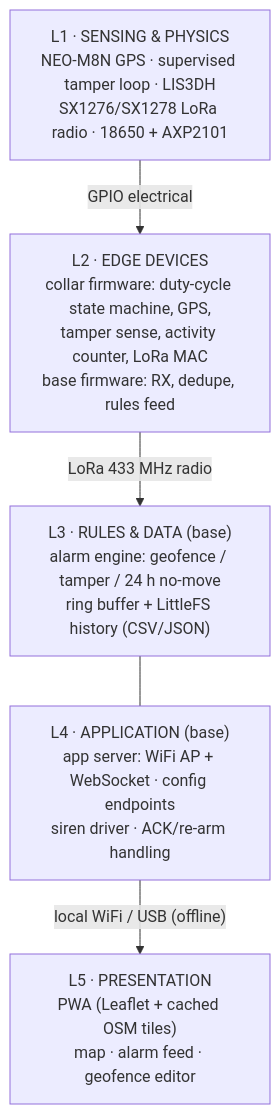
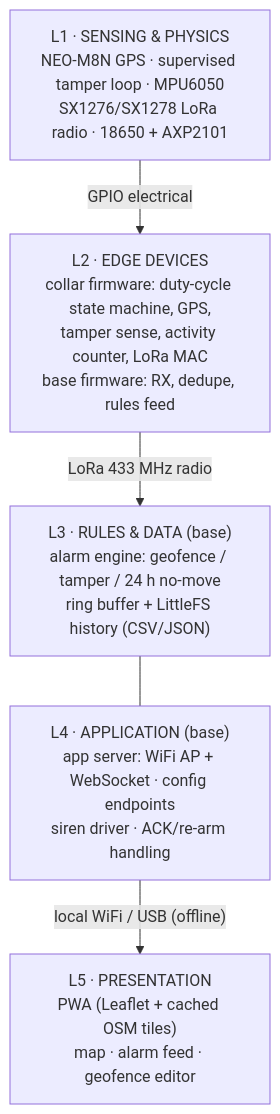
The first of 3 diagrams in docs/SYSTEM-ARCHITECTURE.md (qppd/smart-collar), drawn with Mermaid before and after one commit. The commit also changed other lines of this file and 9 other files, not shown here.

First line of the commit message:
Switch accelerometer from LIS3DH to MPU6050

````diff
--- a/docs/SYSTEM-ARCHITECTURE.md
+++ b/docs/SYSTEM-ARCHITECTURE.md
@@ -9,12 +9,12 @@
 ```mermaid
 flowchart TB
     L5["L5 · PRESENTATION<br/>PWA (Leaflet + cached OSM tiles)<br/>map · alarm feed · geofence editor"]
     L4["L4 · APPLICATION (base)<br/>app server: WiFi AP + WebSocket · config endpoints<br/>siren driver · ACK/re-arm handling"]
     L3["L3 · RULES &amp; DATA (base)<br/>alarm engine: geofence / tamper / 24 h no-move<br/>ring buffer + LittleFS history (CSV/JSON)"]
     L2["L2 · EDGE DEVICES<br/>collar firmware: duty-cycle state machine, GPS,<br/>tamper sense, activity counter, LoRa MAC<br/>base firmware: RX, dedupe, rules feed"]
-    L1["L1 · SENSING &amp; PHYSICS<br/>NEO-M8N GPS · supervised tamper loop · LIS3DH<br/>SX1276/SX1278 LoRa radio · 18650 + AXP2101"]
+    L1["L1 · SENSING &amp; PHYSICS<br/>NEO-M8N GPS · supervised tamper loop · MPU6050<br/>SX1276/SX1278 LoRa radio · 18650 + AXP2101"]
     L1 -- "GPIO electrical" --> L2
     L2 -- "LoRa 433 MHz radio" --> L3
     L3 --- L4
     L4 -- "local WiFi / USB (offline)" --> L5
 ```
````
